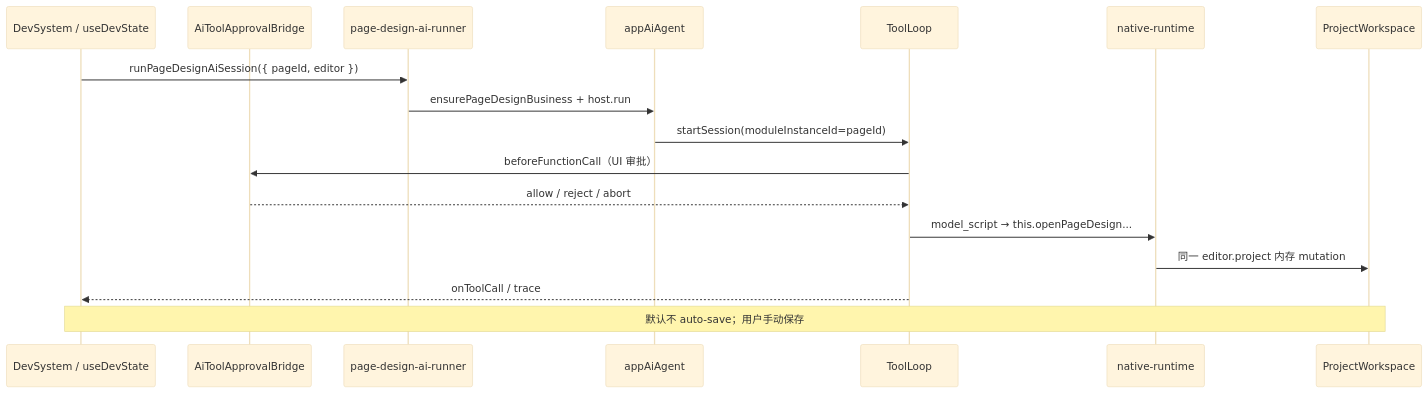
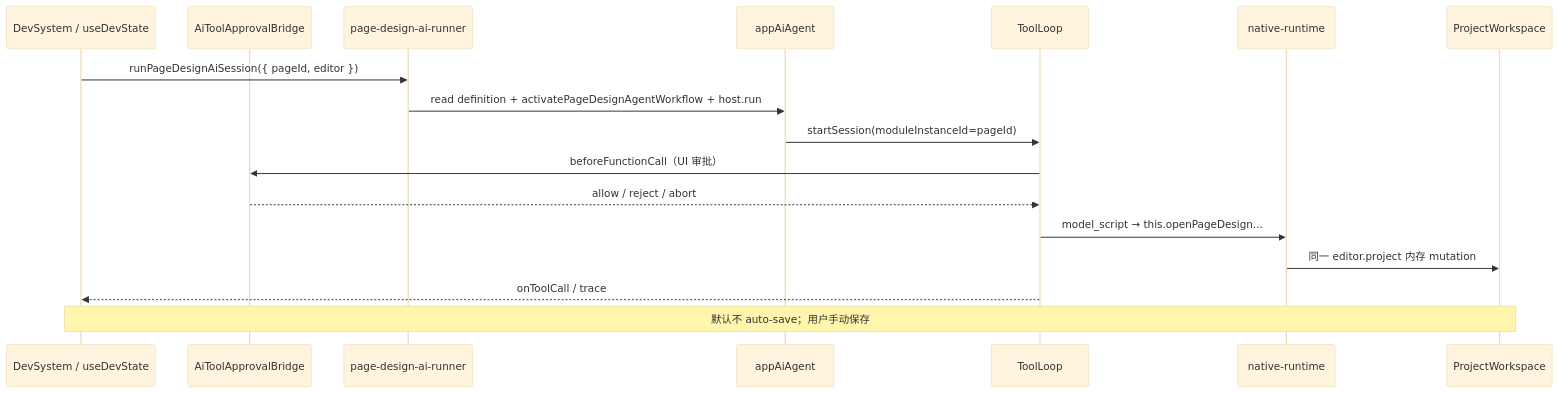
One commit to LMSpark/spark-view-vue changed the diagram in packages/spark-ai/docs/pagedesign-devsystem-zh-cn.md. Above: the diagram before and after it, drawn with Mermaid (base theme). The commit also changed other lines of this file and 181 other files, not shown here.

First line of the commit message:
feat(spark-ai): converge business factories to agent-workflow contract

````diff
--- a/packages/spark-ai/docs/pagedesign-devsystem-zh-cn.md
+++ b/packages/spark-ai/docs/pagedesign-devsystem-zh-cn.md
@@ -7,20 +7,20 @@
 ```mermaid
 sequenceDiagram
   participant UI as DevSystem / useDevState
   participant Bridge as AiToolApprovalBridge
   participant Runner as page-design-ai-runner
   participant Host as appAiAgent
   participant TL as ToolLoop
   participant NR as native-runtime
   participant WS as ProjectWorkspace
 
   UI->>Runner: runPageDesignAiSession({ pageId, editor })
-  Runner->>Host: ensurePageDesignBusiness + host.run
+  Runner->>Host: read definition + activatePageDesignAgentWorkflow + host.run
   Host->>TL: startSession(moduleInstanceId=pageId)
   TL->>Bridge: beforeFunctionCall（UI 审批）
   Bridge-->>TL: allow / reject / abort
   TL->>NR: model_script → this.openPageDesign...
   NR->>WS: 同一 editor.project 内存 mutation
   TL-->>UI: onToolCall / trace
   Note over UI,WS: 默认不 auto-save；用户手动保存
 ```
````
